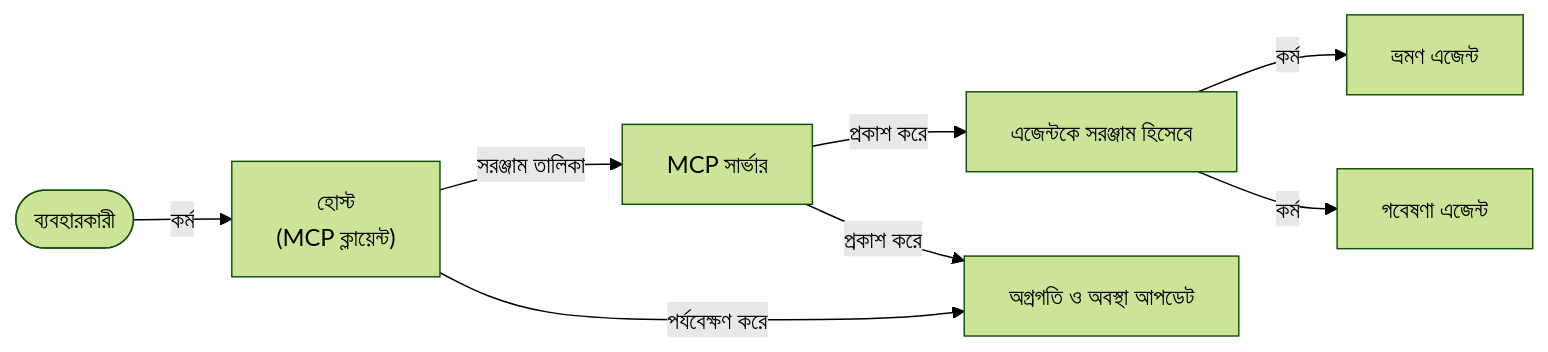
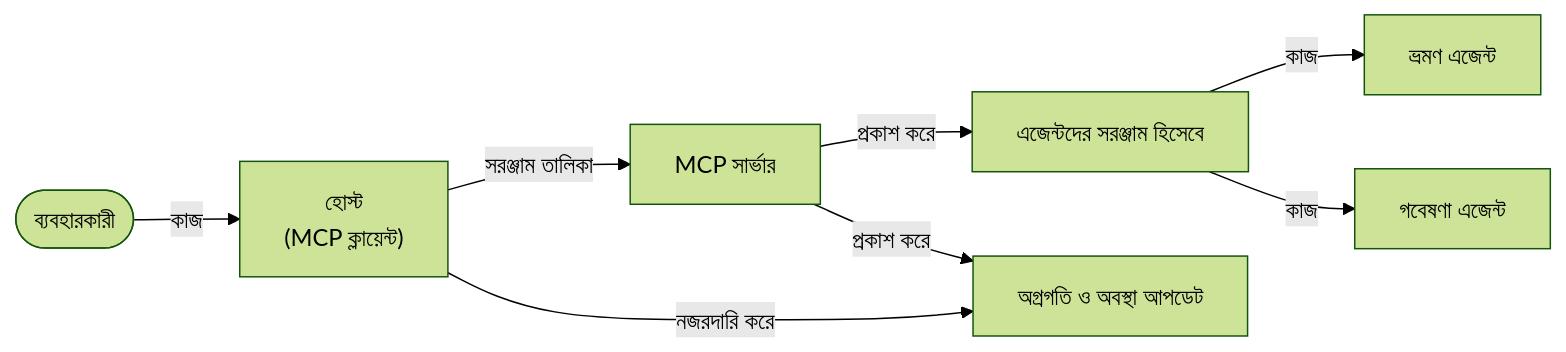
One commit to gabrielmoreira/agent-skills-mirror changed the fifth of 5 diagrams in mirrors/repos/microsoft@ai-agents-for-beginners/translations/bn/11-agentic-protocols/code_samples/mcp-agents/README.md. Above: the diagram before and after it, drawn with Mermaid (forest theme). The commit also changed other lines of this file and 4262 other files, not shown here.

````diff
--- a/mirrors/repos/microsoft@ai-agents-for-beginners/translations/bn/11-agentic-protocols/code_samples/mcp-agents/README.md
+++ b/mirrors/repos/microsoft@ai-agents-for-beginners/translations/bn/11-agentic-protocols/code_samples/mcp-agents/README.md
@@ -433,15 +448,15 @@
 ```mermaid
 graph LR
-    User([ব্যবহারকারী]) -->|"কর্ম"| Host["হোস্ট<br/>(MCP ক্লায়েন্ট)"]
+    User([ব্যবহারকারী]) -->|"কাজ"| Host["হোস্ট<br/>(MCP ক্লায়েন্ট)"]
     Host -->|সরঞ্জাম তালিকা| Server[MCP সার্ভার]
-    Server -->|প্রকাশ করে| AgentsTools[এজেন্টকে সরঞ্জাম হিসেবে]
-    AgentsTools -->|কর্ম| AgentA[ভ্রমণ এজেন্ট]
-    AgentsTools -->|কর্ম| AgentB[গবেষণা এজেন্ট]
+    Server -->|প্রকাশ করে| AgentsTools[এজেন্টদের সরঞ্জাম হিসেবে]
+    AgentsTools -->|কাজ| AgentA[ভ্রমণ এজেন্ট]
+    AgentsTools -->|কাজ| AgentB[গবেষণা এজেন্ট]
 
-    Host -->|পর্যবেক্ষণ করে| StateUpdates[অগ্রগতি ও অবস্থা আপডেট]
+    Host -->|নজরদারি করে| StateUpdates[অগ্রগতি ও অবস্থা আপডেট]
     Server -->|প্রকাশ করে| StateUpdates
 
     class User user;
     class AgentA,AgentB agent;
     class Host,Server,StateUpdates core;
 ```
````
